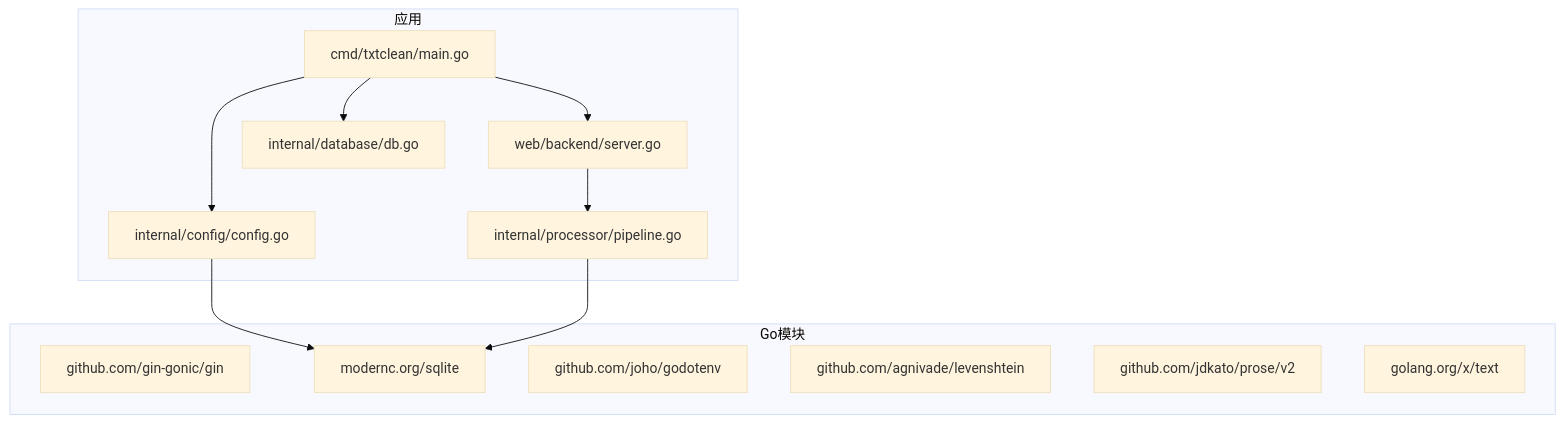
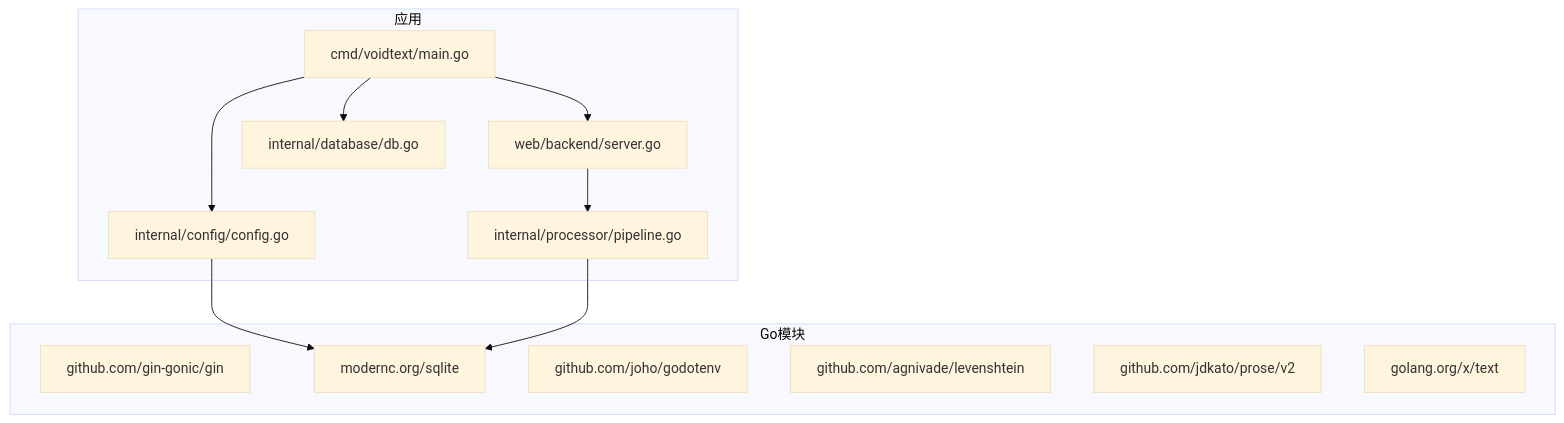
Before and after one commit to handy-h/VoidText: the eighth of 8 diagrams in repowikis/项目概述/项目概述.md, drawn with Mermaid (base theme). The commit also changed other lines of this file and 101 other files, not shown here.

````diff
--- a/repowikis/项目概述/项目概述.md
+++ b/repowikis/项目概述/项目概述.md
@@ -358,24 +358,24 @@
 ```mermaid
 graph TB
 subgraph "Go模块"
 GIN["github.com/gin-gonic/gin"]
 SQLITE["modernc.org/sqlite"]
 DOTENV["github.com/joho/godotenv"]
 LEV["github.com/agnivade/levenshtein"]
 PROSE["github.com/jdkato/prose/v2"]
 TEXT["golang.org/x/text"]
 end
 subgraph "应用"
-MAIN["cmd/txtclean/main.go"]
+MAIN["cmd/voidtext/main.go"]
 SERVER["web/backend/server.go"]
 CONFIG["internal/config/config.go"]
 DATABASE["internal/database/db.go"]
 PIPELINE["internal/processor/pipeline.go"]
 end
 MAIN --> CONFIG
 MAIN --> DATABASE
 MAIN --> SERVER
 SERVER --> PIPELINE
 CONFIG --> SQLITE
 PIPELINE --> SQLITE
 ```
````
